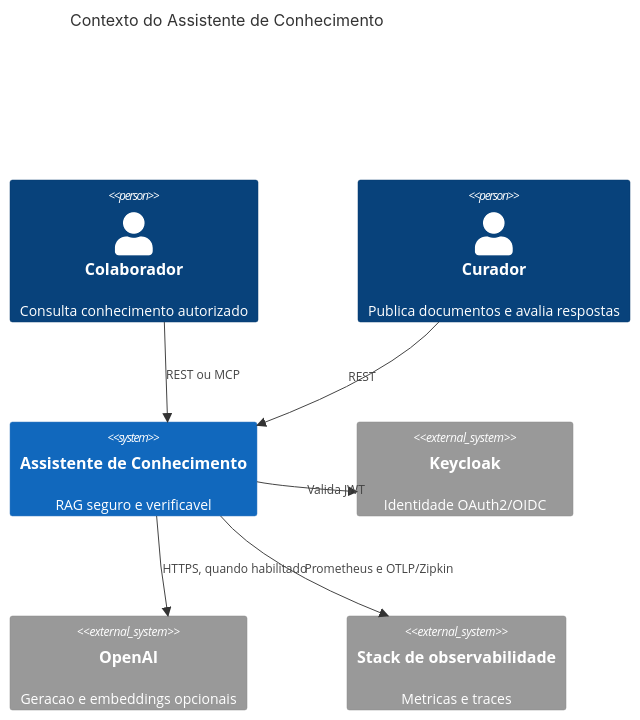
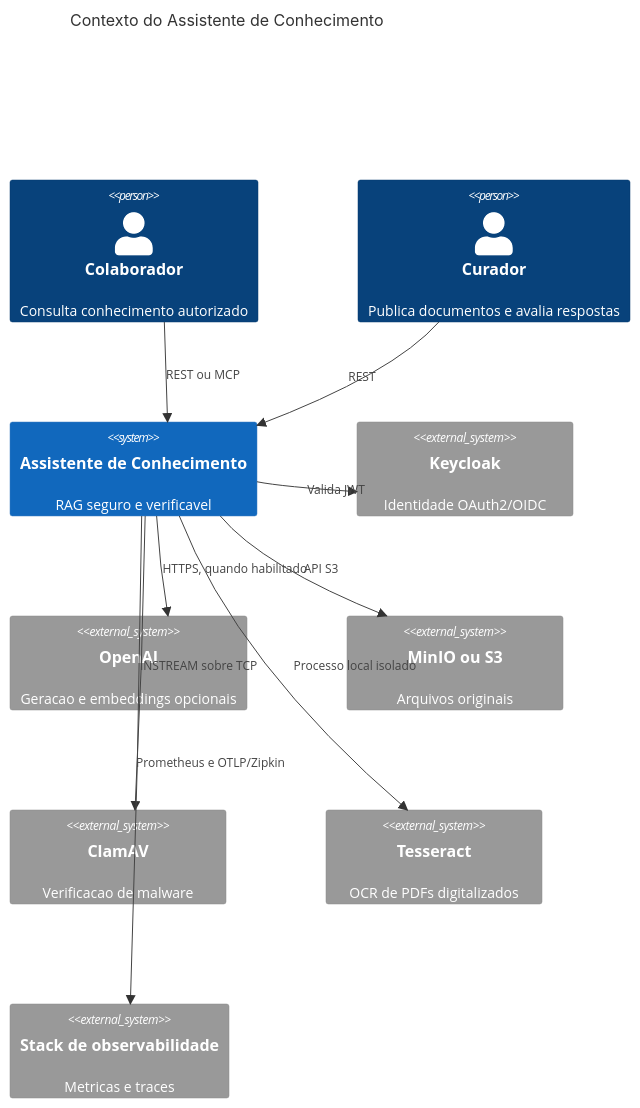
Before and after one commit to Mateusmith/assistente-conhecimento: the first of 2 diagrams in docs/ARCHITECTURE.md, drawn with Mermaid. The commit also changed other lines of this file and 39 other files, not shown here.

Commit message:
feat: adiciona ingestao segura com MinIO, ClamAV e OCR

````diff
--- a/docs/ARCHITECTURE.md
+++ b/docs/ARCHITECTURE.md
@@ -7,15 +7,21 @@
 ```mermaid
 C4Context
     title Contexto do Assistente de Conhecimento
     Person(usuario, "Colaborador", "Consulta conhecimento autorizado")
     Person(curador, "Curador", "Publica documentos e avalia respostas")
     System(contextpilot, "Assistente de Conhecimento", "RAG seguro e verificavel")
     System_Ext(keycloak, "Keycloak", "Identidade OAuth2/OIDC")
     System_Ext(openai, "OpenAI", "Geracao e embeddings opcionais")
+    System_Ext(minio, "MinIO ou S3", "Arquivos originais")
+    System_Ext(clamav, "ClamAV", "Verificacao de malware")
+    System_Ext(tesseract, "Tesseract", "OCR de PDFs digitalizados")
     System_Ext(observabilidade, "Stack de observabilidade", "Metricas e traces")
     Rel(usuario, contextpilot, "REST ou MCP")
     Rel(curador, contextpilot, "REST")
     Rel(contextpilot, keycloak, "Valida JWT")
     Rel(contextpilot, openai, "HTTPS, quando habilitado")
+    Rel(contextpilot, minio, "API S3")
+    Rel(contextpilot, clamav, "INSTREAM sobre TCP")
+    Rel(contextpilot, tesseract, "Processo local isolado")
     Rel(contextpilot, observabilidade, "Prometheus e OTLP/Zipkin")
 ```
````
